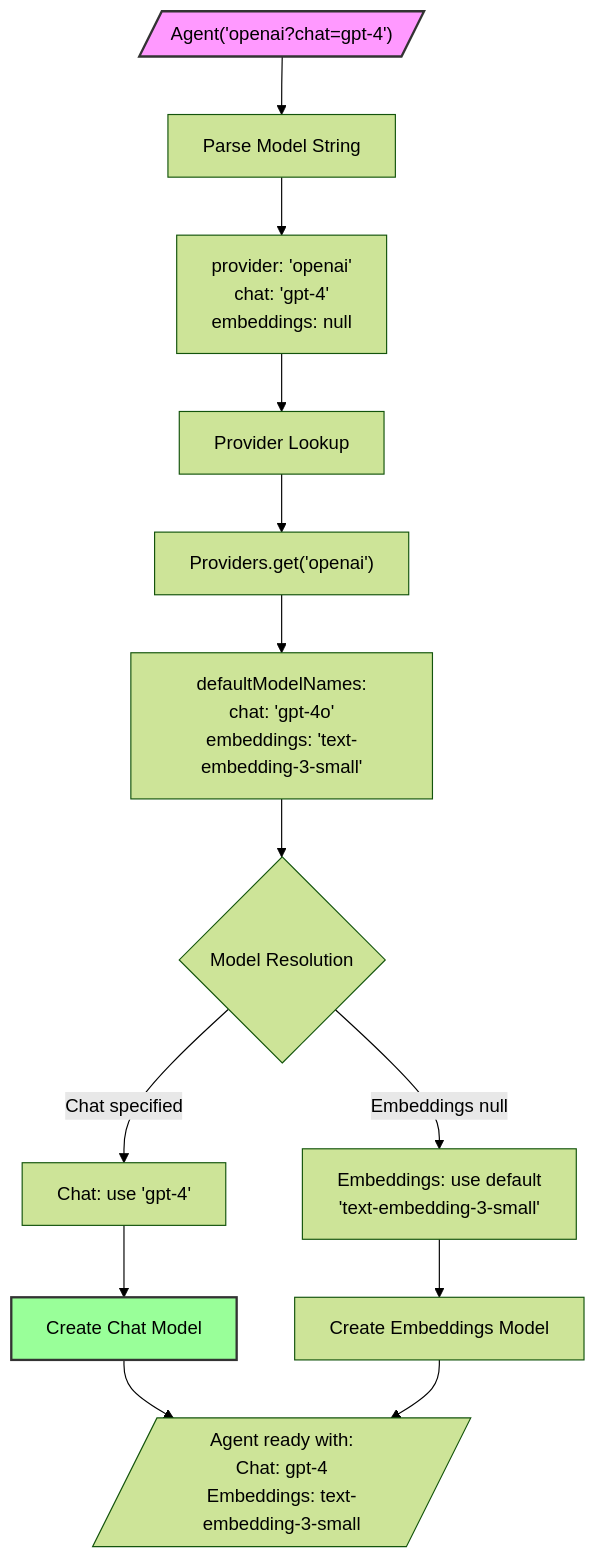
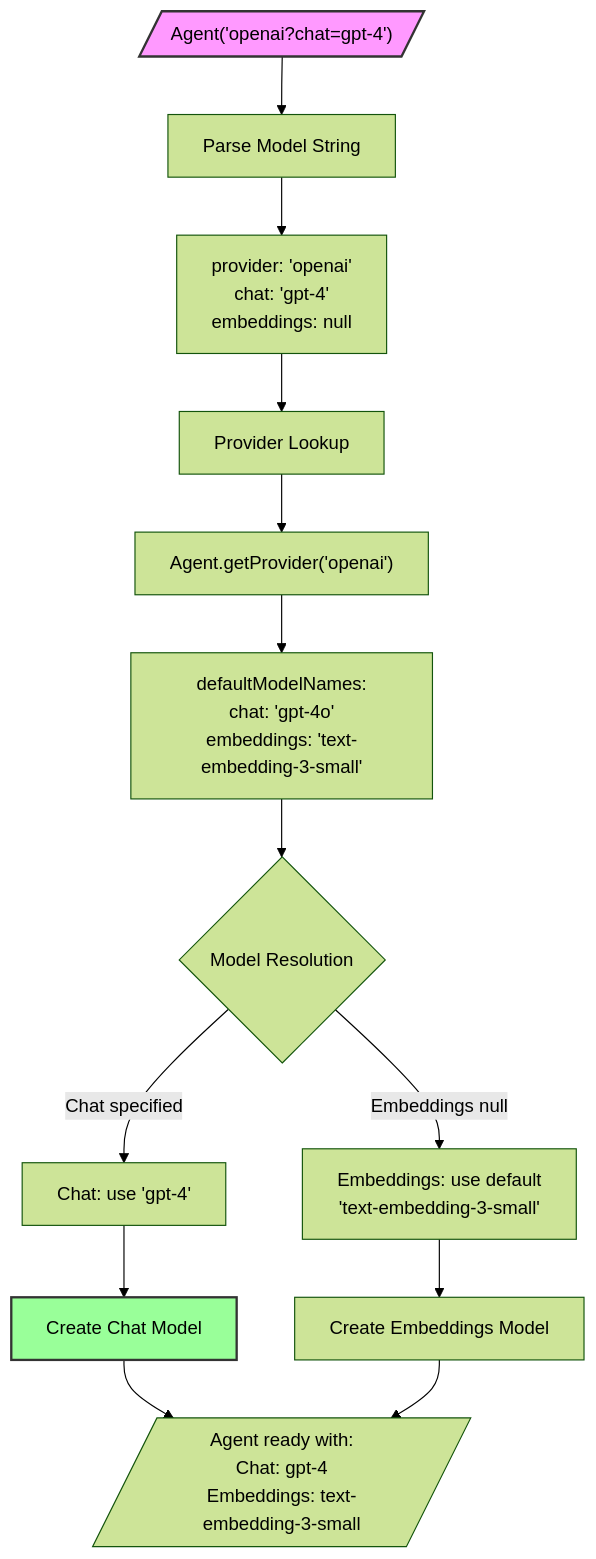
The second of 2 diagrams in wiki/Model-Configuration-Spec.md (csells/dartantic), drawn with Mermaid (forest theme) before and after one commit. The commit also changed other lines of this file and 179 other files, not shown here.

````diff
--- a/wiki/Model-Configuration-Spec.md
+++ b/wiki/Model-Configuration-Spec.md
@@ -66,22 +66,22 @@
 ```mermaid
 flowchart TD
     A[/"Agent('openai?chat=gpt-4')"/] --> B[Parse Model String]
     B --> C["provider: 'openai'<br/>chat: 'gpt-4'<br/>embeddings: null"]
     
     C --> D[Provider Lookup]
-    D --> E["Providers.get('openai')"]
+    D --> E["Agent.getProvider('openai')"]
     E --> F["defaultModelNames:<br/>chat: 'gpt-4o'<br/>embeddings: 'text-embedding-3-small'"]
     
     F --> G{Model Resolution}
     G -->|Chat specified| H["Chat: use 'gpt-4'"]
     G -->|Embeddings null| I["Embeddings: use default<br/>'text-embedding-3-small'"]
     
     H --> J[Create Chat Model]
     I --> K[Create Embeddings Model]
     
     J --> L[/"Agent ready with:<br/>Chat: gpt-4<br/>Embeddings: text-embedding-3-small"/]
     K --> L
     
     style A fill:#f9f,stroke:#333,stroke-width:2px
     style J fill:#9f9,stroke:#333,stroke-width:2px
 ```
````
